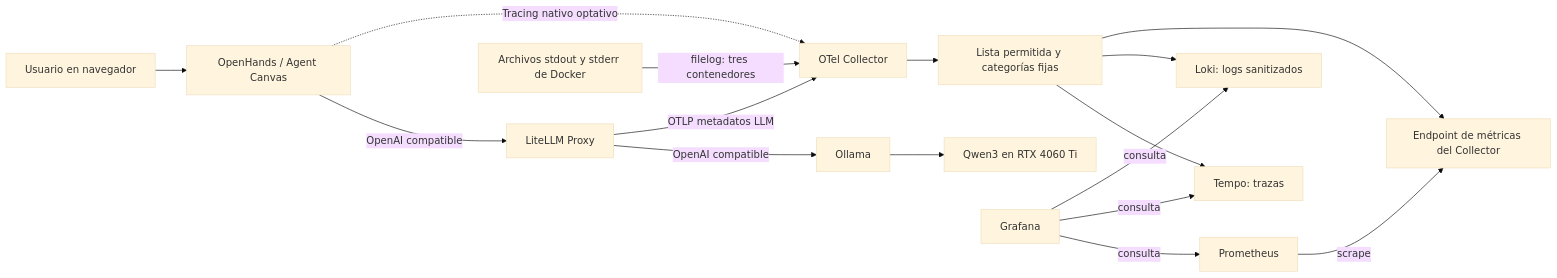
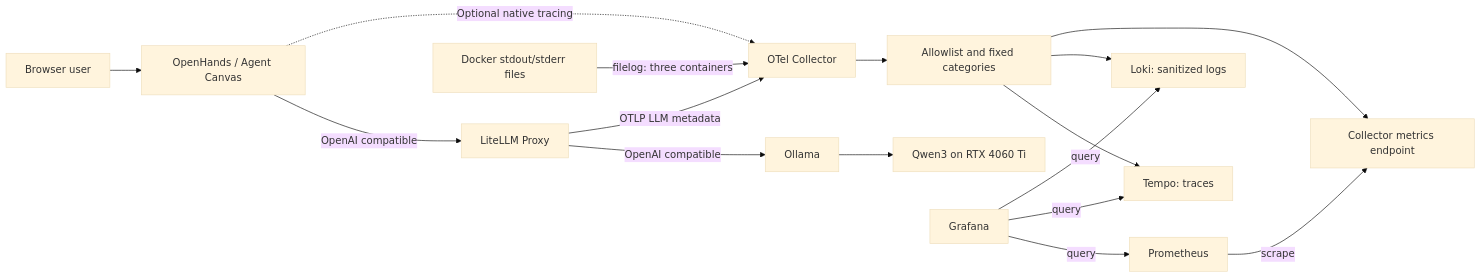
One commit to alejandro-onatra/local-agent-platform changed the first of 8 diagrams in docs/architecture/observability_diagrams.md. Above: the diagram before and after it, drawn with Mermaid (base theme). The commit also changed other lines of this file and 32 other files, not shown here.

````diff
--- a/docs/architecture/observability_diagrams.md
+++ b/docs/architecture/observability_diagrams.md
@@ -7,18 +7,18 @@
 ```mermaid
 flowchart LR
-    User[Usuario en navegador] --> Canvas[OpenHands / Agent Canvas]
+    User[Browser user] --> Canvas[OpenHands / Agent Canvas]
     Canvas -->|OpenAI compatible| LiteLLM[LiteLLM Proxy]
     LiteLLM -->|OpenAI compatible| Ollama[Ollama]
-    Ollama --> GPU[Qwen3 en RTX 4060 Ti]
-    LiteLLM -->|OTLP metadatos LLM| Collector[OTel Collector]
-    Canvas -.->|Tracing nativo optativo| Collector
-    Docker[Archivos stdout y stderr de Docker] -->|filelog: tres contenedores| Collector
-    Collector --> Filter[Lista permitida y categorías fijas]
-    Filter --> Tempo[Tempo: trazas]
-    Filter --> Loki[Loki: logs sanitizados]
-    Filter --> Metrics[Endpoint de métricas del Collector]
+    Ollama --> GPU[Qwen3 on RTX 4060 Ti]
+    LiteLLM -->|OTLP LLM metadata| Collector[OTel Collector]
+    Canvas -.->|Optional native tracing| Collector
+    Docker[Docker stdout/stderr files] -->|filelog: three containers| Collector
+    Collector --> Filter[Allowlist and fixed categories]
+    Filter --> Tempo[Tempo: traces]
+    Filter --> Loki[Loki: sanitized logs]
+    Filter --> Metrics[Collector metrics endpoint]
     Prometheus[Prometheus] -->|scrape| Metrics
-    Grafana[Grafana] -->|consulta| Prometheus
-    Grafana -->|consulta| Tempo
-    Grafana -->|consulta| Loki
+    Grafana[Grafana] -->|query| Prometheus
+    Grafana -->|query| Tempo
+    Grafana -->|query| Loki
 ```
````
